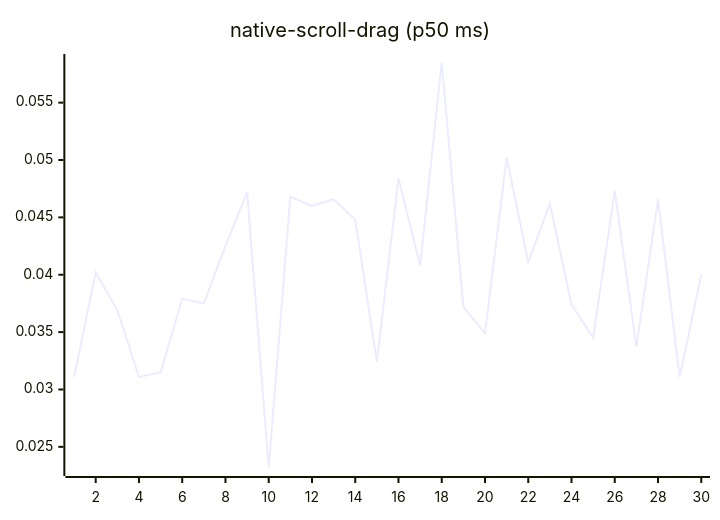
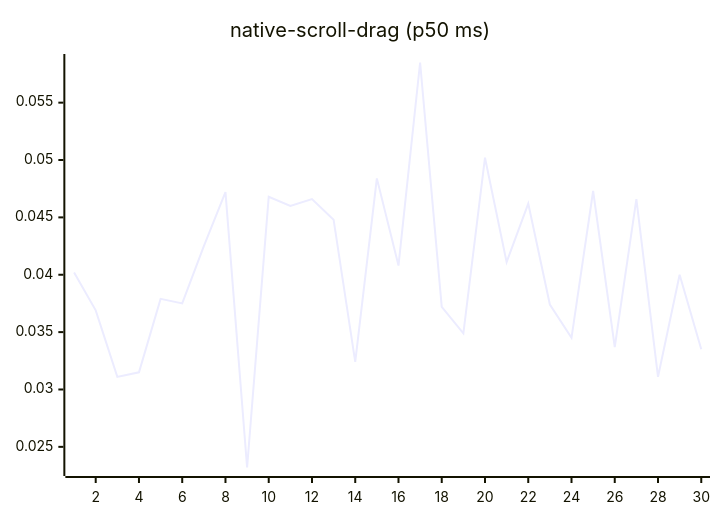
One commit to josha/Facet changed diagram 14 of 27 in README.md. Above: the diagram before and after it, drawn with Mermaid. The commit also changed other lines of this file and 2 other files, not shown here.

````diff
--- a/README.md
+++ b/README.md
@@ -154,6 +154,6 @@
 ```mermaid
 xychart-beta
     title "native-scroll-drag (p50 ms)"
     x-axis 1 --> 30
-    line [0.0311, 0.0402, 0.0369, 0.0311, 0.0315, 0.0379, 0.0375, 0.0425, 0.0472, 0.0232, 0.0468, 0.0460, 0.0466, 0.0448, 0.0324, 0.0484, 0.0408, 0.0585, 0.0372, 0.0349, 0.0502, 0.0411, 0.0462, 0.0374, 0.0345, 0.0473, 0.0337, 0.0466, 0.0311, 0.0400]
+    line [0.0402, 0.0369, 0.0311, 0.0315, 0.0379, 0.0375, 0.0425, 0.0472, 0.0232, 0.0468, 0.0460, 0.0466, 0.0448, 0.0324, 0.0484, 0.0408, 0.0585, 0.0372, 0.0349, 0.0502, 0.0411, 0.0462, 0.0374, 0.0345, 0.0473, 0.0337, 0.0466, 0.0311, 0.0400, 0.0335]
 ```
````
